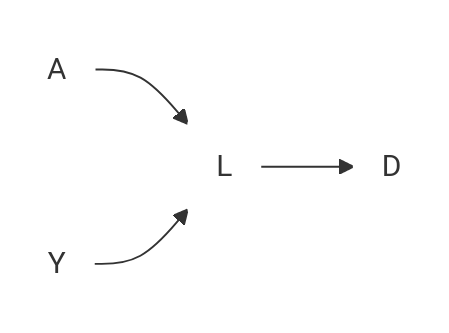
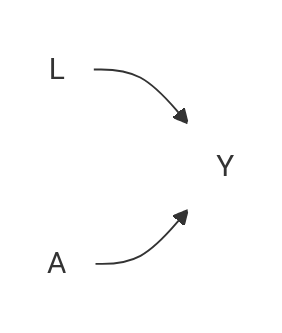
One commit to birth-outcomes/birth_outcomes_summary changed the third of 14 diagrams in book_birth_outcomes_summary/design_dag_2.md. Above: the diagram before and after it, drawn with Mermaid. The commit also changed other lines of this file and 1 other file, not shown here.

`````diff
--- a/book_birth_outcomes_summary/design_dag_2.md
+++ b/book_birth_outcomes_summary/design_dag_2.md
@@ -120,13 +95,15 @@
 ````{mermaid}
   flowchart LR;
 
+    l("L"):::white;
     a("A"):::white;
     y("Y"):::white;
-    l("L"):::white;
-    d("D"):::white;
-    
-    a --> l; y --> l; l --> d;
+
+    l --> y;
+    a --> y;
 
     classDef white fill:#FFFFFF, stroke:#FFFFFF
     classDef black fill:#FFFFFF, stroke:#000000
+    classDef outline fill:#FFFFFF
+    classDef green fill:#DDF2D1, stroke: #FFFFFF;
 ````
`````
